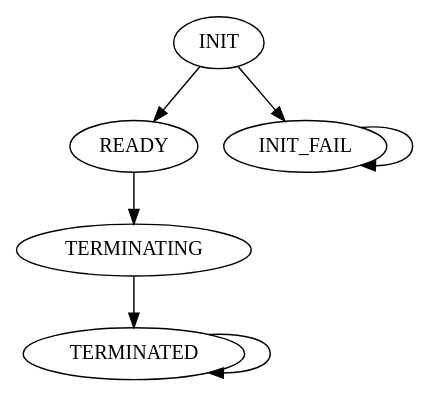
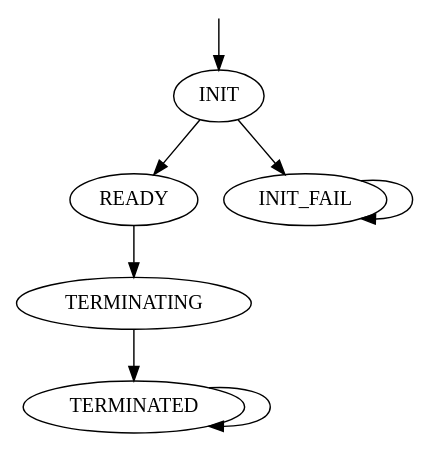
The diagram in fig/instance-lifecycle.dot (rerobots/docs), drawn with Graphviz before and after one commit. The commit also changed 1 other file, not shown here.

```diff
--- a/fig/instance-lifecycle.dot
+++ b/fig/instance-lifecycle.dot
@@ -1,8 +1,10 @@
 digraph A {
+"" [shape=none,height=0]
+"" -> INIT
 INIT -> READY
 INIT -> INIT_FAIL
 INIT_FAIL -> INIT_FAIL
 READY -> TERMINATING
 TERMINATING -> TERMINATED
 TERMINATED -> TERMINATED
 }
```
